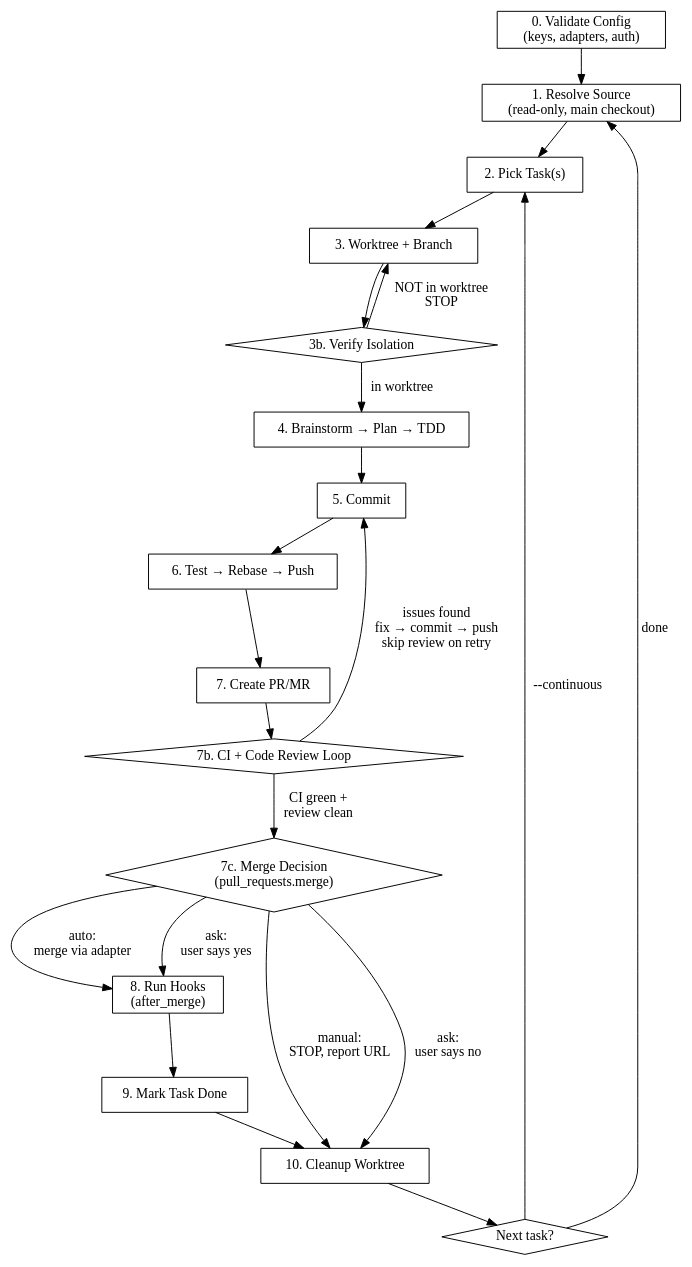
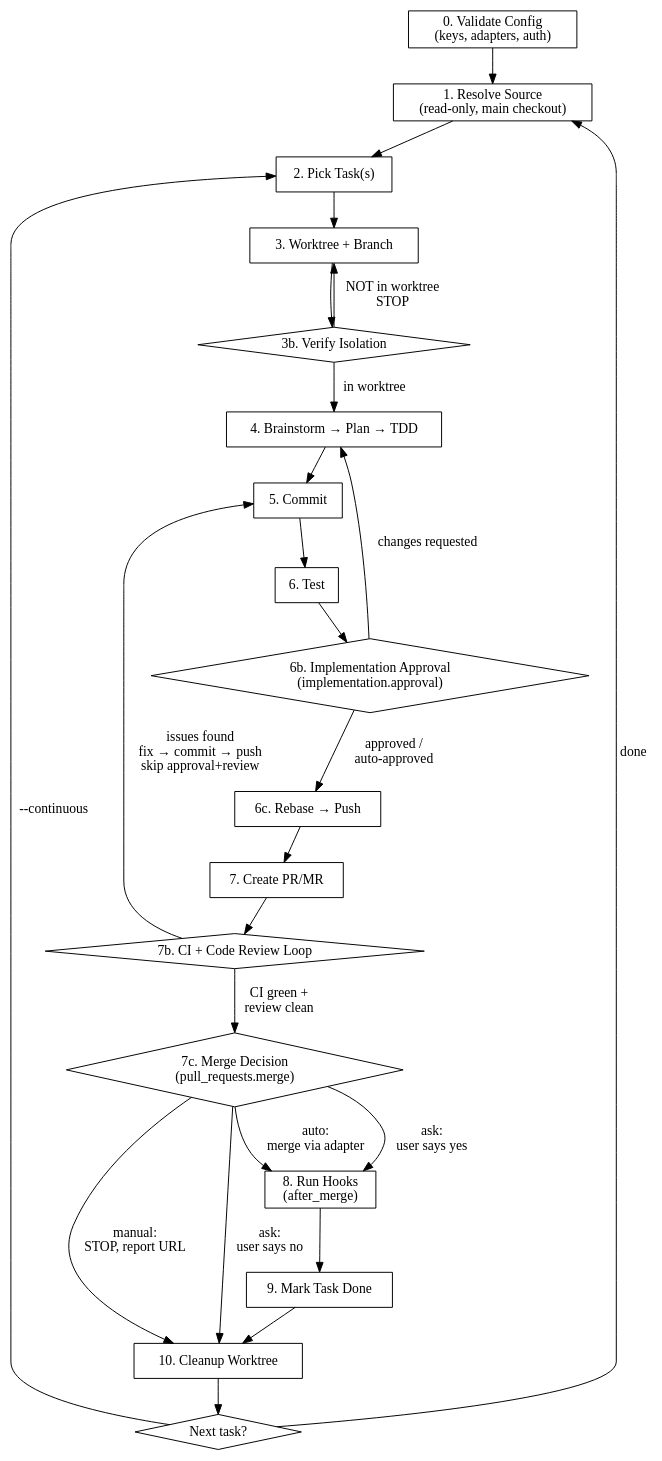
The diagram in plugins/flowyeah/skills/build/SKILL.md (rodrigomanhaes/flowyeah), drawn with Graphviz before and after one commit. The commit also changed other lines of this file and 5 other files, not shown here.

First line of the commit message:
refactor: centralize config schema and add implementation approval workflow

````diff
--- a/plugins/flowyeah/skills/build/SKILL.md
+++ b/plugins/flowyeah/skills/build/SKILL.md
@@ -69,36 +69,41 @@
 ```dot
 digraph pipeline {
     rankdir=TB;
     node [shape=box];
 
     validate [label="0. Validate Config\n(keys, adapters, auth)"];
     resolve [label="1. Resolve Source\n(read-only, main checkout)"];
     pick [label="2. Pick Task(s)"];
     worktree [label="3. Worktree + Branch"];
     verify_wt [label="3b. Verify Isolation" shape=diamond];
     implement [label="4. Brainstorm → Plan → TDD"];
     commit [label="5. Commit"];
-    deliver [label="6. Test → Rebase → Push"];
+    test [label="6. Test"];
+    approval [label="6b. Implementation Approval\n(implementation.approval)" shape=diamond];
+    deliver [label="6c. Rebase → Push"];
     pr [label="7. Create PR/MR"];
     ci_loop [label="7b. CI + Code Review Loop" shape=diamond];
     merge_decision [label="7c. Merge Decision\n(pull_requests.merge)" shape=diamond];
     hooks [label="8. Run Hooks\n(after_merge)"];
     mark [label="9. Mark Task Done"];
     cleanup [label="10. Cleanup Worktree"];
     next [label="Next task?" shape=diamond];
 
     validate -> resolve -> pick -> worktree -> verify_wt;
     verify_wt -> implement [label="in worktree"];
     verify_wt -> worktree [label="NOT in worktree\nSTOP"];
-    implement -> commit -> deliver -> pr -> ci_loop;
-    ci_loop -> commit [label="issues found\nfix → commit → push\nskip review on retry"];
+    implement -> commit -> test -> approval;
+    approval -> deliver [label="approved /\nauto-approved"];
+    approval -> implement [label="changes requested"];
+    deliver -> pr -> ci_loop;
+    ci_loop -> commit [label="issues found\nfix → commit → push\nskip approval+review"];
     ci_loop -> merge_decision [label="CI green +\nreview clean"];
     merge_decision -> hooks [label="auto:\nmerge via adapter"];
     merge_decision -> cleanup [label="manual:\nSTOP, report URL"];
     merge_decision -> hooks [label="ask:\nuser says yes"];
     merge_decision -> cleanup [label="ask:\nuser says no"];
     hooks -> mark -> cleanup -> next;
     next -> pick [label="--continuous"];
     next -> resolve [label="done"];
 }
 ```
````
